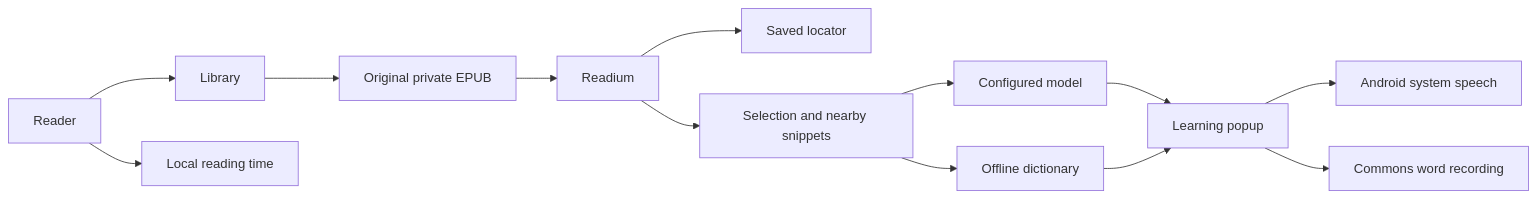
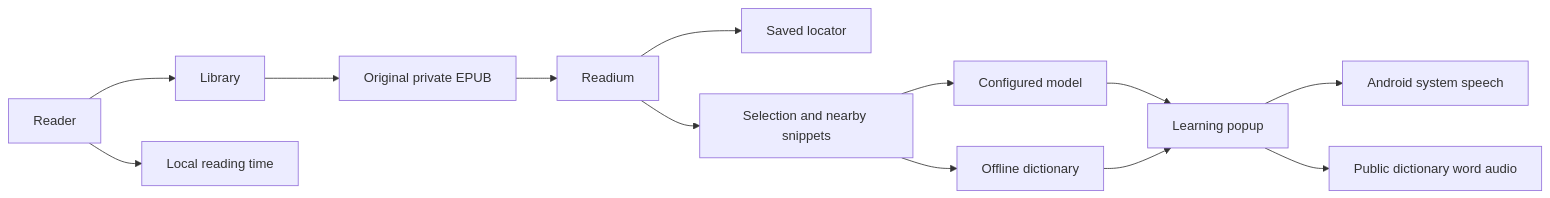
Before and after one commit to Wake-C/peekturn: the diagram in agent-doc/essential/ARCHITECTURE.md, drawn with Mermaid. The commit also changed other lines of this file and 34 other files, not shown here.

````diff
--- a/agent-doc/essential/ARCHITECTURE.md
+++ b/agent-doc/essential/ARCHITECTURE.md
@@ -7,15 +7,15 @@
 ```mermaid
 flowchart LR
     Reader --> Library
     Library --> EPUB[Original private EPUB]
     EPUB --> Readium
     Readium --> Location[Saved locator]
     Readium --> Selection[Selection and nearby snippets]
     Selection --> AI[Configured model]
     Selection --> Dictionary[Offline dictionary]
     AI --> Popup[Learning popup]
     Dictionary --> Popup
     Popup --> TTS[Android system speech]
-    Popup --> Recording[Commons word recording]
+    Popup --> WordAudio[Public dictionary word audio]
     Reader --> Time[Local reading time]
 ```
````
